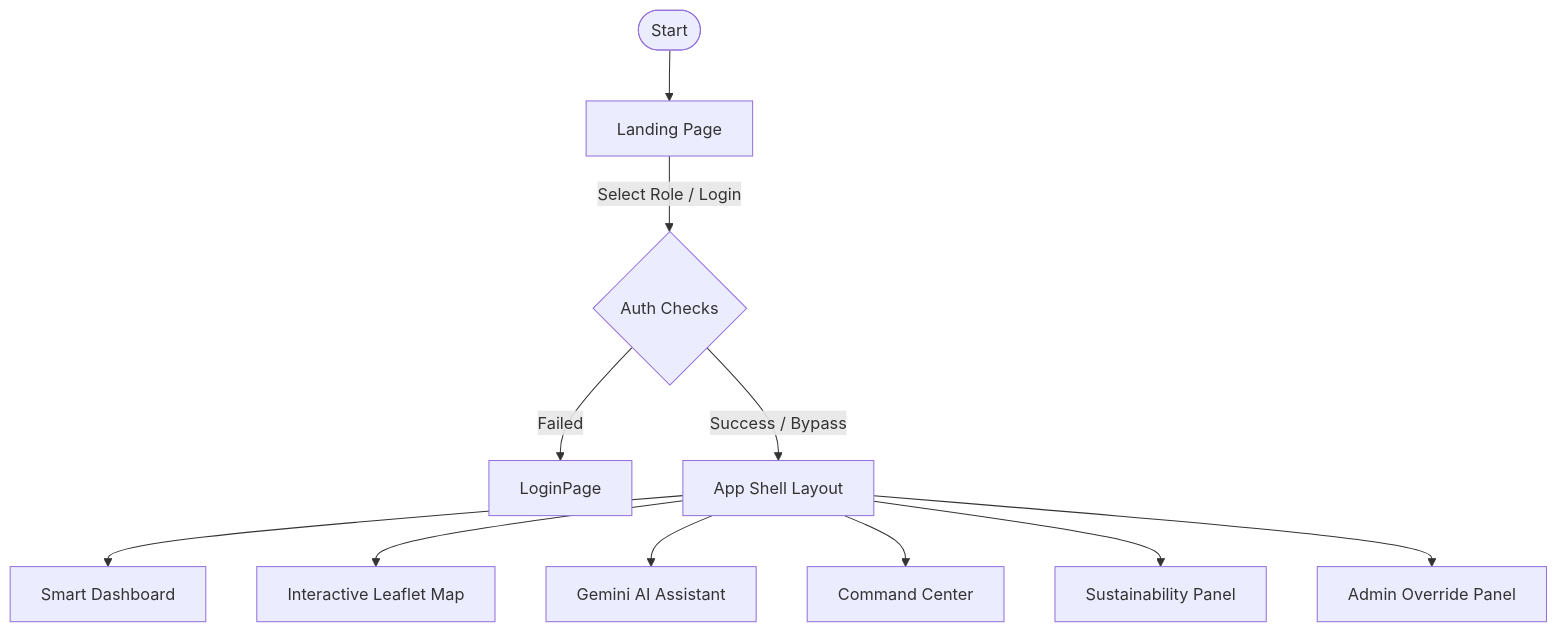
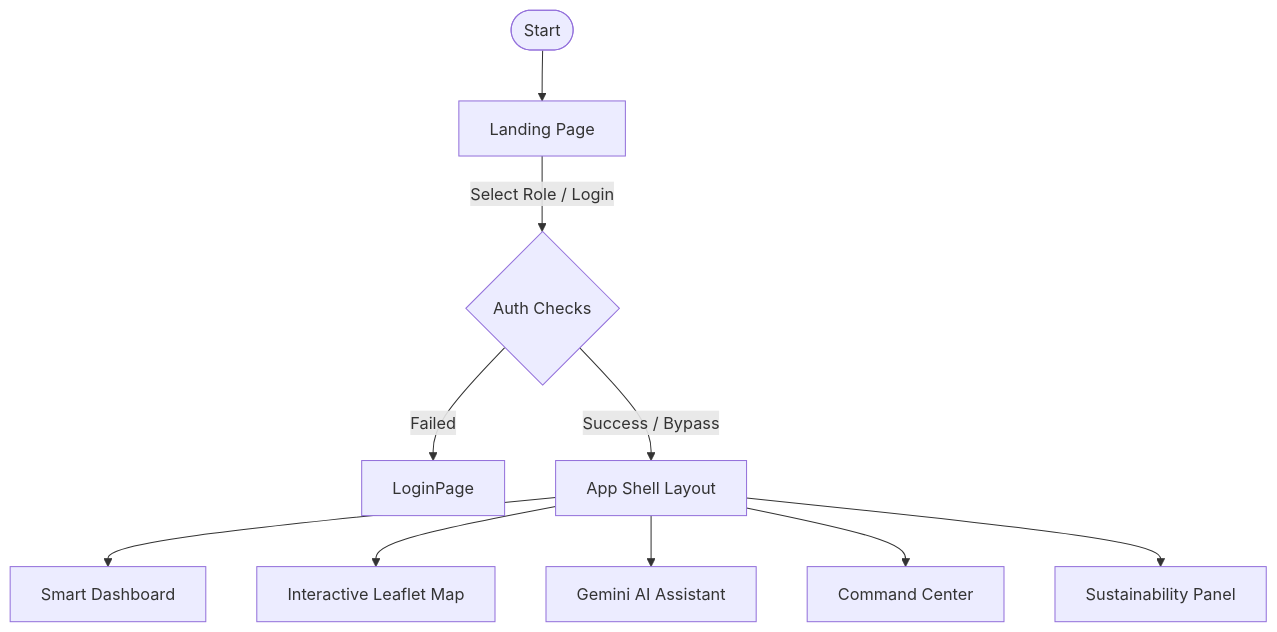
The second of 2 diagrams in README.md (AnishCodes-99/fifa-stadiumai), drawn with Mermaid before and after one commit. The commit also changed other lines of this file and 6 other files, not shown here.

````diff
--- a/README.md
+++ b/README.md
@@ -133,13 +158,12 @@
 ```mermaid
 graph TD
   Start([Start]) --> Landing[Landing Page]
   Landing -->|Select Role / Login| Auth{Auth Checks}
   Auth -->|Failed| Login[LoginPage]
   Auth -->|Success / Bypass| Layout[App Shell Layout]
   Layout --> Dashboard[Smart Dashboard]
   Layout --> Map[Interactive Leaflet Map]
   Layout --> AI[Gemini AI Assistant]
   Layout --> CommandCenter[Command Center]
   Layout --> Sustainability[Sustainability Panel]
-  Layout --> Admin[Admin Override Panel]
 ```
````
